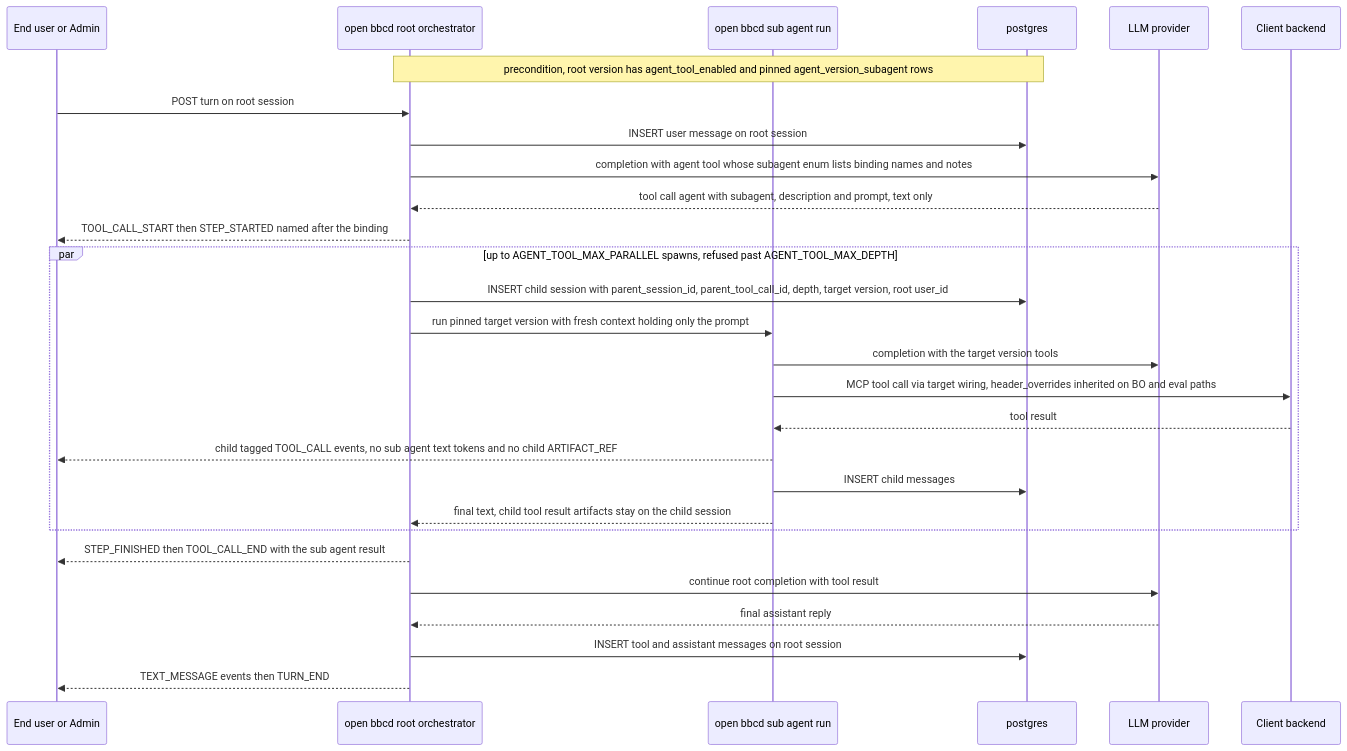
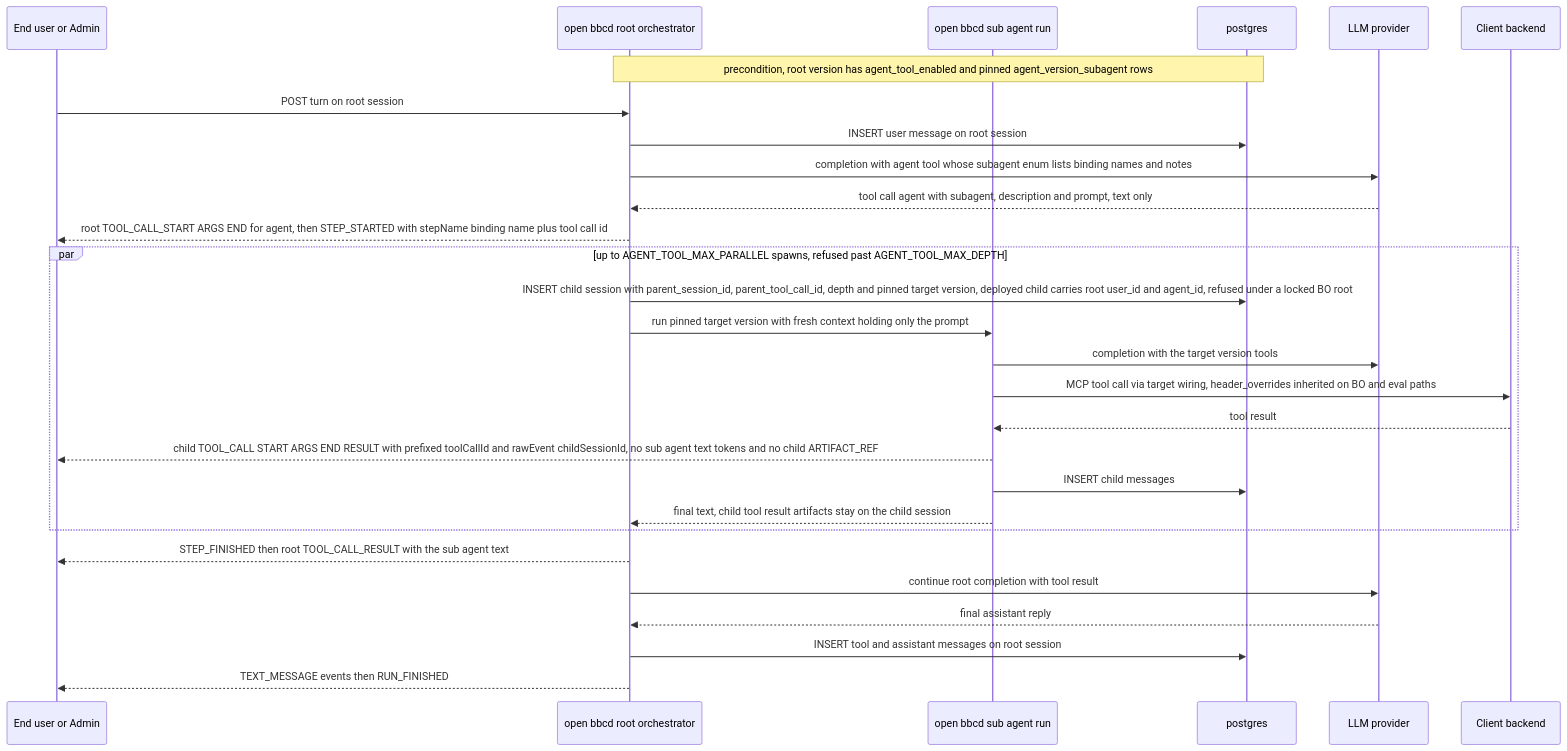
The sixth of 7 diagrams in docs/architecture/current/c4/data-flows.md (DACdigital/openbbc-docs), drawn with Mermaid before and after one commit. The commit also changed other lines of this file and 20 other files, not shown here.

````diff
--- a/docs/architecture/current/c4/data-flows.md
+++ b/docs/architecture/current/c4/data-flows.md
@@ -176,31 +176,31 @@
 ```mermaid
 sequenceDiagram
     participant User as End user or Admin
     participant OBBCD as open bbcd root orchestrator
     participant SUB as open bbcd sub agent run
     participant DB as postgres
     participant LLM as LLM provider
     participant BE as Client backend
 
     Note over OBBCD, DB: precondition, root version has agent_tool_enabled and pinned agent_version_subagent rows
     User->>OBBCD: POST turn on root session
     OBBCD->>DB: INSERT user message on root session
     OBBCD->>LLM: completion with agent tool whose subagent enum lists binding names and notes
     LLM-->>OBBCD: tool call agent with subagent, description and prompt, text only
-    OBBCD-->>User: TOOL_CALL_START then STEP_STARTED named after the binding
+    OBBCD-->>User: root TOOL_CALL_START ARGS END for agent, then STEP_STARTED with stepName binding name plus tool call id
     par up to AGENT_TOOL_MAX_PARALLEL spawns, refused past AGENT_TOOL_MAX_DEPTH
-        OBBCD->>DB: INSERT child session with parent_session_id, parent_tool_call_id, depth, target version, root user_id
+        OBBCD->>DB: INSERT child session with parent_session_id, parent_tool_call_id, depth and pinned target version, deployed child carries root user_id and agent_id, refused under a locked BO root
         OBBCD->>SUB: run pinned target version with fresh context holding only the prompt
         SUB->>LLM: completion with the target version tools
         SUB->>BE: MCP tool call via target wiring, header_overrides inherited on BO and eval paths
         BE-->>SUB: tool result
-        SUB-->>User: child tagged TOOL_CALL events, no sub agent text tokens and no child ARTIFACT_REF
+        SUB-->>User: child TOOL_CALL START ARGS END RESULT with prefixed toolCallId and rawEvent childSessionId, no sub agent text tokens and no child ARTIFACT_REF
         SUB->>DB: INSERT child messages
         SUB-->>OBBCD: final text, child tool result artifacts stay on the child session
     end
-    OBBCD-->>User: STEP_FINISHED then TOOL_CALL_END with the sub agent result
+    OBBCD-->>User: STEP_FINISHED then root TOOL_CALL_RESULT with the sub agent text
     OBBCD->>LLM: continue root completion with tool result
     LLM-->>OBBCD: final assistant reply
     OBBCD->>DB: INSERT tool and assistant messages on root session
-    OBBCD-->>User: TEXT_MESSAGE events then TURN_END
+    OBBCD-->>User: TEXT_MESSAGE events then RUN_FINISHED
 ```
````
